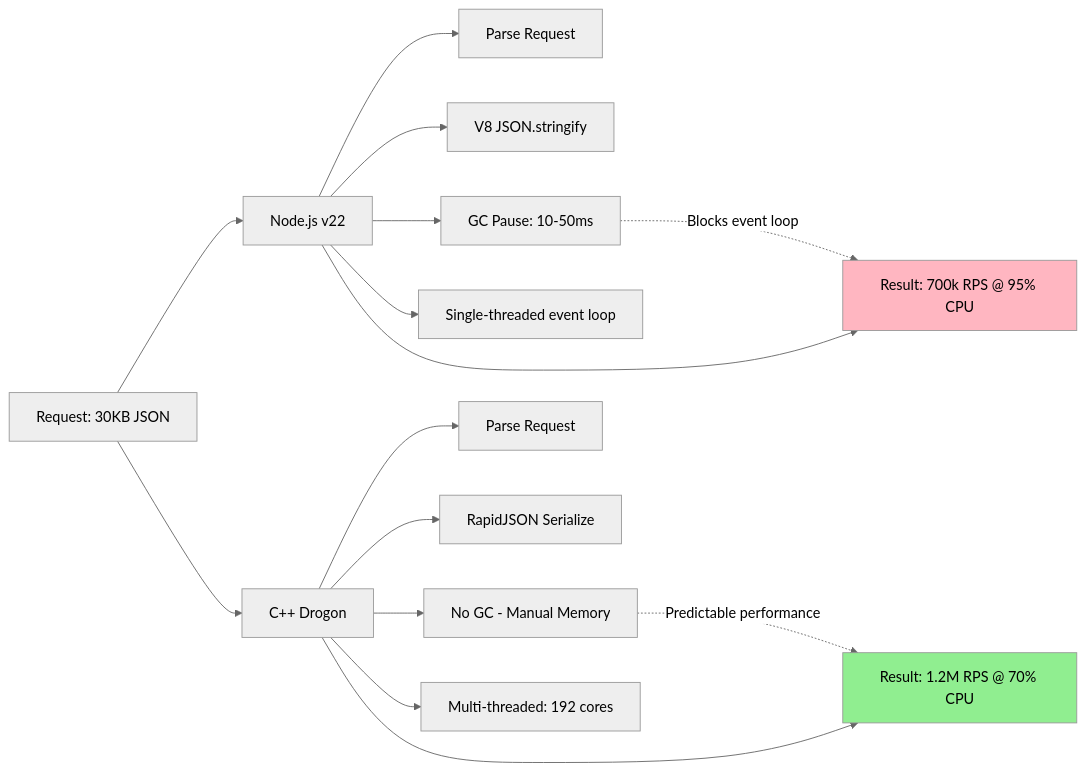
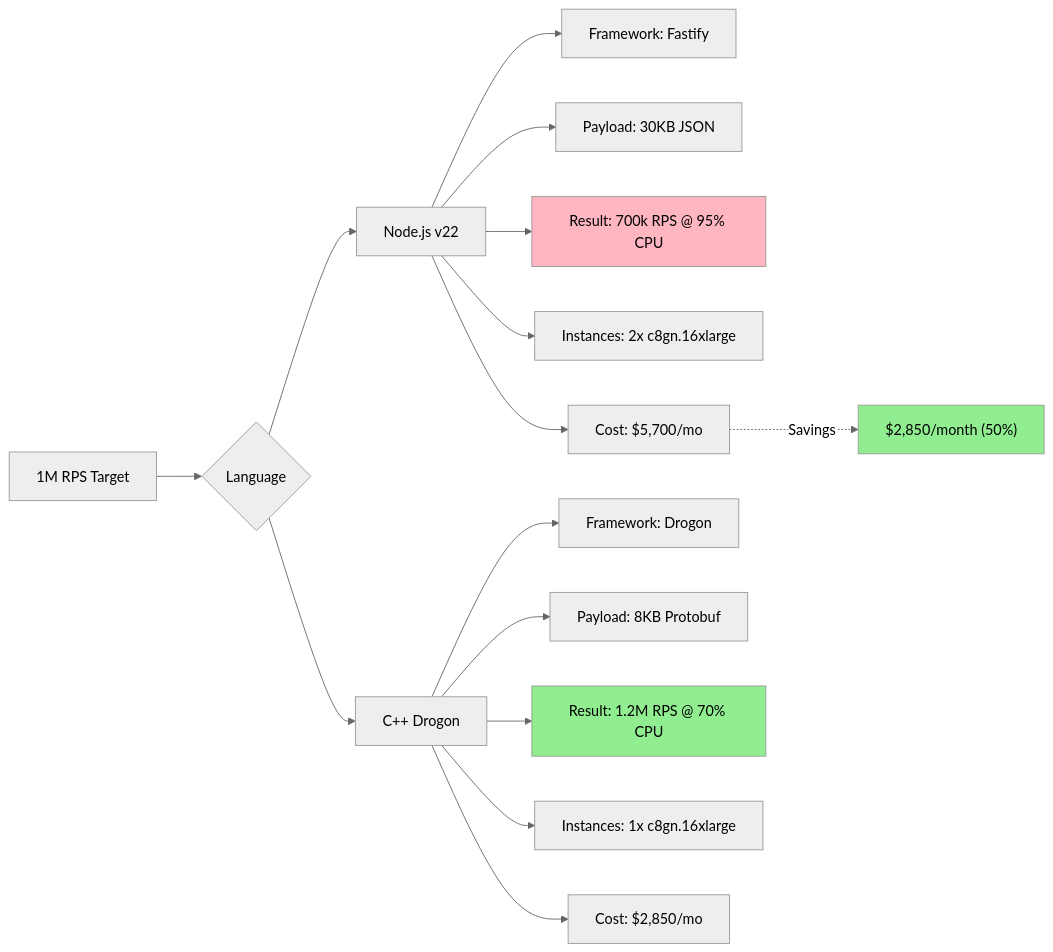
One commit to rsrini7/Learnings changed the third of 5 diagrams in Architecture/Scaling-1M-RPS.md. Above: the diagram before and after it, drawn with Mermaid (neutral theme). The commit also changed other lines of this file, not shown here.

````diff
--- a/Architecture/Scaling-1M-RPS.md
+++ b/Architecture/Scaling-1M-RPS.md
@@ -296,25 +456,25 @@
 ```mermaid
 graph LR
-    A["Request: 30KB JSON"]
+    A[1M RPS Target] --> B{Language}
     
-    A --> B[Node.js v22]
-    A --> C[C++ Drogon]
+    B --> C[Node.js v22]
+    B --> D[C++ Drogon]
     
-    B --> B1[Parse Request]
-    B --> B2[V8 JSON.stringify]
-    B --> B3[GC Pause: 10-50ms]
-    B --> B4[Single-threaded event loop]
-    B --> B5["Result: 700k RPS @ 95% CPU"]
+    C --> C1["Framework: Fastify"]
+    C --> C2["Payload: 30KB JSON"]
+    C --> C3["Result: 700k RPS @ 95% CPU"]
+    C --> C4["Instances: 2x c8gn.16xlarge"]
+    C --> C5["Cost: $5,700/mo"]
     
-    C --> C1[Parse Request]
-    C --> C2[RapidJSON Serialize]
-    C --> C3[No GC - Manual Memory]
-    C --> C4[Multi-threaded: 192 cores]
-    C --> C5["Result: 1.2M RPS @ 70% CPU"]
+    D --> D1["Framework: Drogon"]
+    D --> D2["Payload: 8KB Protobuf"]
+    D --> D3["Result: 1.2M RPS @ 70% CPU"]
+    D --> D4["Instances: 1x c8gn.16xlarge"]
+    D --> D5["Cost: $2,850/mo"]
     
-    style B5 fill:#FFB6C1
-    style C5 fill:#90EE90
+    C5 -.->|Savings| E["$2,850/month (50%)"]
     
-    B3 -.->|Blocks event loop| B5
-    C3 -.->|Predictable performance| C5
+    style C3 fill:#FFB6C1
+    style D3 fill:#90EE90
+    style E fill:#90EE90
 ```
````
